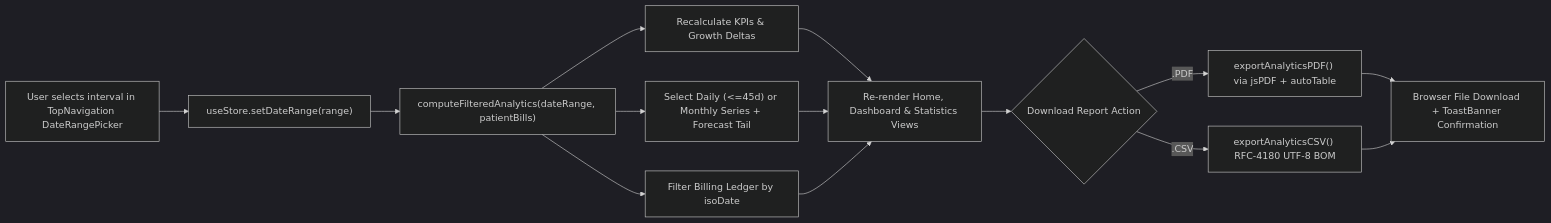
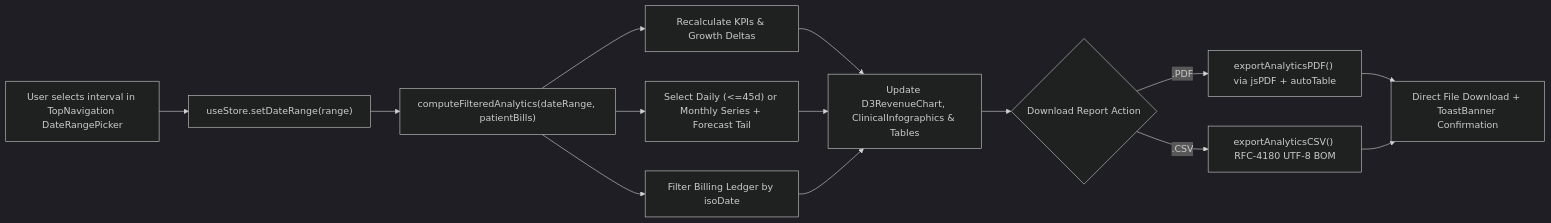
The second of 2 diagrams in README.md (pranavsahu005/Business-Owner-Dashboard-SaaS), drawn with Mermaid (dark theme) before and after one commit. The commit also changed other lines of this file and 27 other files, not shown here.

````diff
--- a/README.md
+++ b/README.md
@@ -117,13 +179,13 @@
 ```mermaid
 flowchart LR
     A["User selects interval in TopNavigation DateRangePicker"] --> B["useStore.setDateRange(range)"]
     B --> C["computeFilteredAnalytics(dateRange, patientBills)"]
     C --> D["Recalculate KPIs & Growth Deltas"]
     C --> E["Select Daily (<=45d) or Monthly Series + Forecast Tail"]
     C --> F["Filter Billing Ledger by isoDate"]
-    D & E & F --> G["Re-render Home, Dashboard & Statistics Views"]
+    D & E & F --> G["Update D3RevenueChart, ClinicalInfographics & Tables"]
     G --> H{"Download Report Action"}
     H -->|".PDF"| I["exportAnalyticsPDF() via jsPDF + autoTable"]
     H -->|".CSV"| J["exportAnalyticsCSV() RFC-4180 UTF-8 BOM"]
-    I & J --> K["Browser File Download + ToastBanner Confirmation"]
+    I & J --> K["Direct File Download + ToastBanner Confirmation"]
 ```
````
